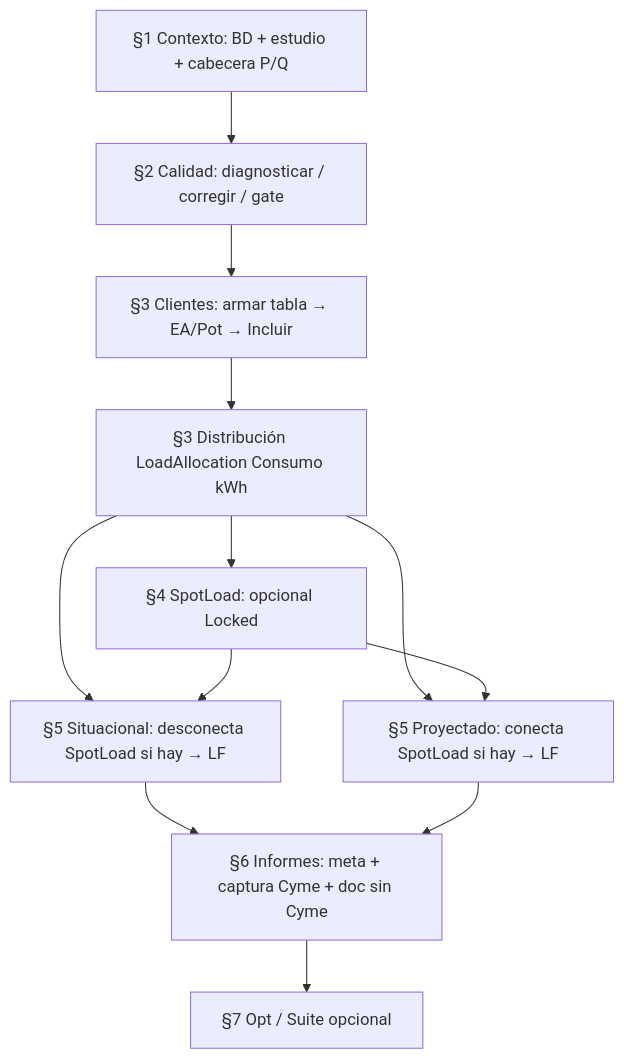
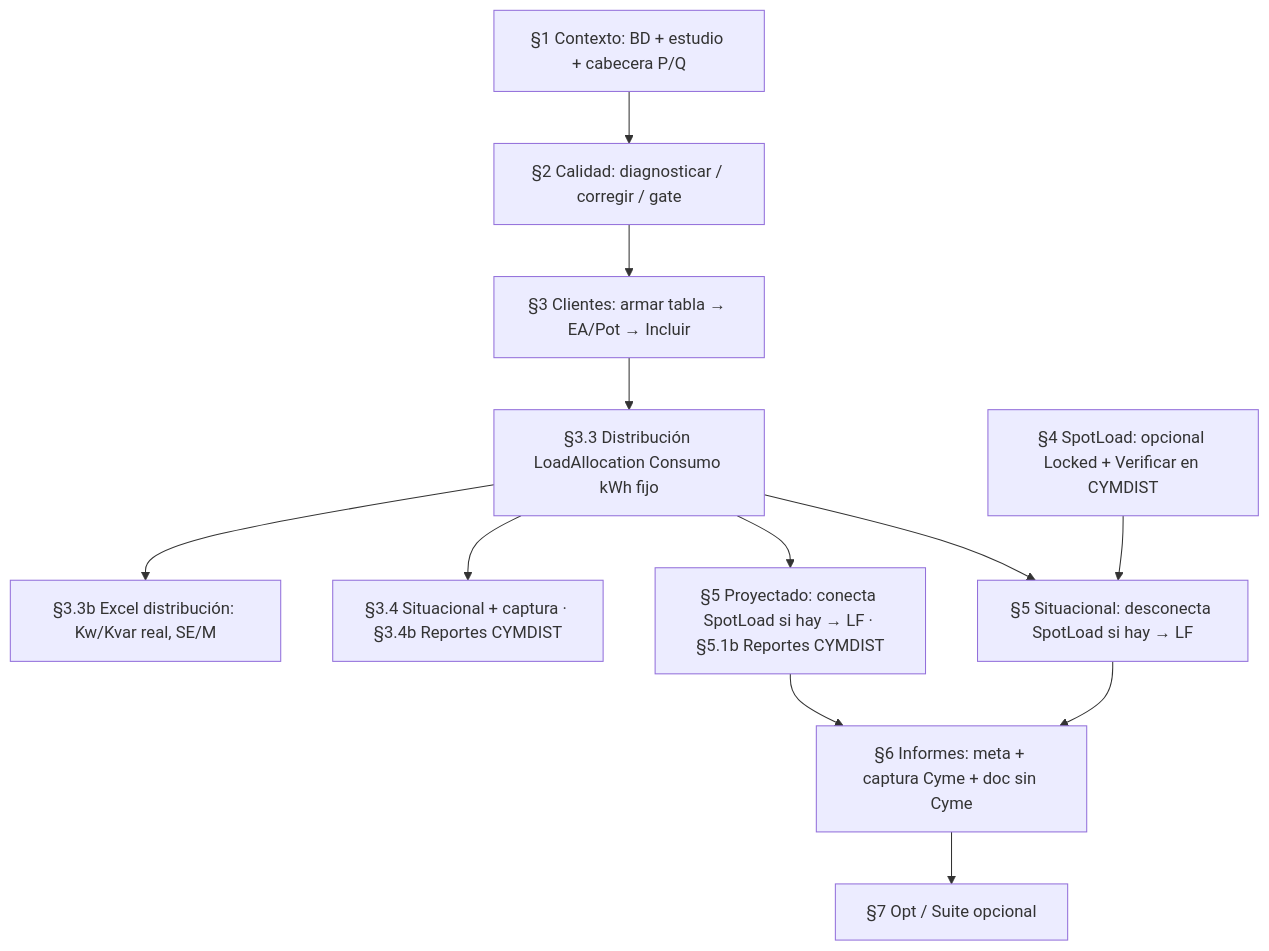
The diagram in docs/FLUJO_TRABAJO.md (Mac-Tapia/RECYM), drawn with Mermaid before and after one commit. The commit also changed other lines of this file and 2 other files, not shown here.

Commit message:
Docs: actualiza README, ARQUITECTURA y FLUJO_TRABAJO con 3.3b/3.4b/5.1b, verificacion CYMDIST y regla no-inventar

````diff
--- a/docs/FLUJO_TRABAJO.md
+++ b/docs/FLUJO_TRABAJO.md
@@ -11,14 +11,14 @@
 ```mermaid
 flowchart TD
   A[§1 Contexto: BD + estudio + cabecera P/Q] --> B[§2 Calidad: diagnosticar / corregir / gate]
   B --> C[§3 Clientes: armar tabla → EA/Pot → Incluir]
-  C --> D[§3 Distribución LoadAllocation Consumo kWh]
-  D --> E[§4 SpotLoad: opcional Locked]
+  C --> D[§3.3 Distribución LoadAllocation Consumo kWh fijo]
+  D --> D2[§3.3b Excel distribución: Kw/Kvar real, SE/M]
+  D --> D3[§3.4 Situacional + captura · §3.4b Reportes CYMDIST]
+  E[§4 SpotLoad: opcional Locked + Verificar en CYMDIST] --> F1
   D --> F1[§5 Situacional: desconecta SpotLoad si hay → LF]
-  D --> F2[§5 Proyectado: conecta SpotLoad si hay → LF]
-  E --> F1
-  E --> F2
+  D --> F2[§5 Proyectado: conecta SpotLoad si hay → LF · §5.1b Reportes CYMDIST]
   F1 --> G[§6 Informes: meta + captura Cyme + doc sin Cyme]
   F2 --> G
   G --> H[§7 Opt / Suite opcional]
 ```
````
